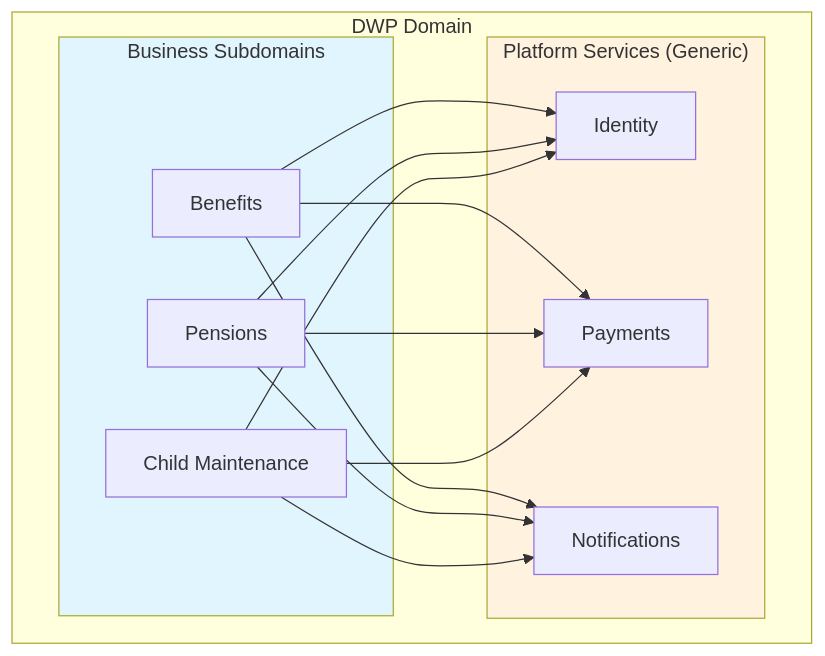
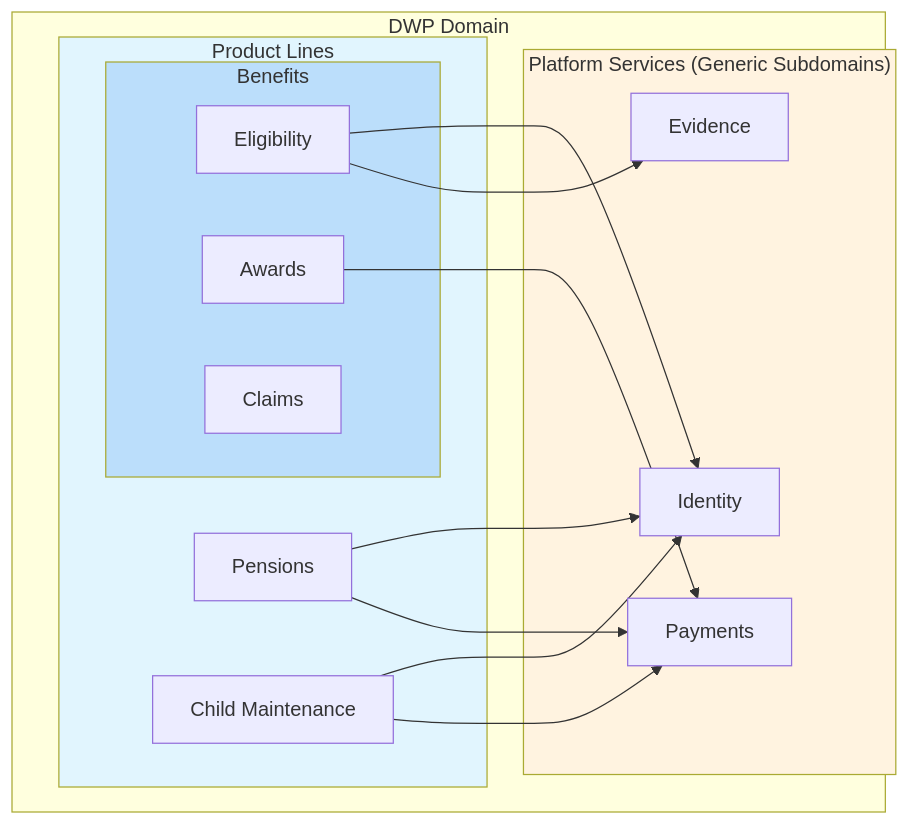
The first of 10 diagrams in Paper_1_DDD_Clean_Architecture.md (mrchughes/architecting-modern-government-services), drawn with Mermaid before and after one commit. The commit also changed other lines of this file and 1 other file, not shown here.

````diff
--- a/Paper_1_DDD_Clean_Architecture.md
+++ b/Paper_1_DDD_Clean_Architecture.md
@@ -71,29 +112,32 @@
 ```mermaid
 flowchart TB
     subgraph DWP["DWP Domain"]
-        subgraph Business["Business Subdomains"]
-            Benefits[Benefits]
+        subgraph Products["Product Lines"]
+            subgraph Benefits["Benefits"]
+                Eligibility[Eligibility]
+                Claims[Claims]
+                Awards[Awards]
+            end
             Pensions[Pensions]
             ChildMaint[Child Maintenance]
         end
         
-        subgraph Platform["Platform Services (Generic)"]
+        subgraph Platform["Platform Services (Generic Subdomains)"]
             Identity[Identity]
             Payments[Payments]
-            Notifications[Notifications]
+            Evidence[Evidence]
         end
         
-        Benefits --> Identity
-        Benefits --> Payments
-        Benefits --> Notifications
+        Eligibility --> Identity
+        Eligibility --> Evidence
+        Awards --> Payments
         Pensions --> Identity
         Pensions --> Payments
-        Pensions --> Notifications
         ChildMaint --> Identity
         ChildMaint --> Payments
-        ChildMaint --> Notifications
     end
     
-    style Business fill:#e1f5fe
+    style Products fill:#e1f5fe
     style Platform fill:#fff3e0
+    style Benefits fill:#bbdefb
 ```
````
